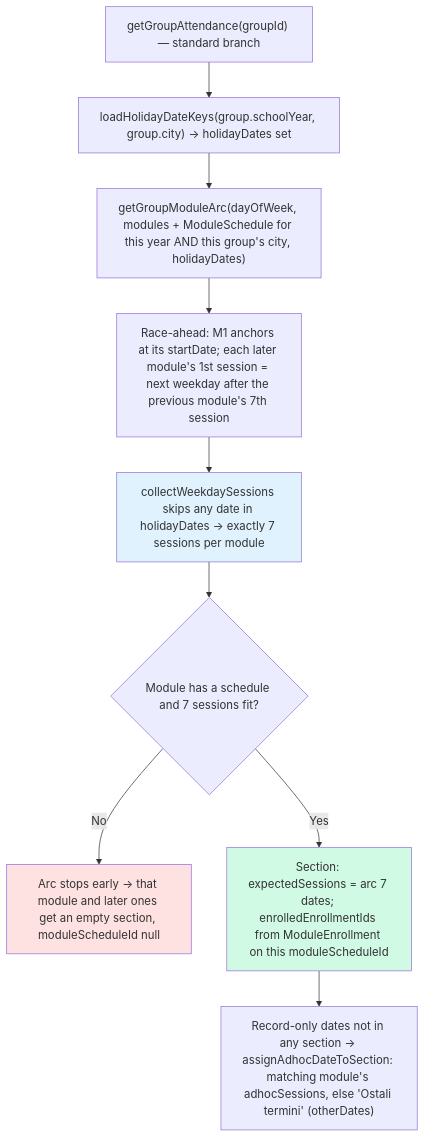
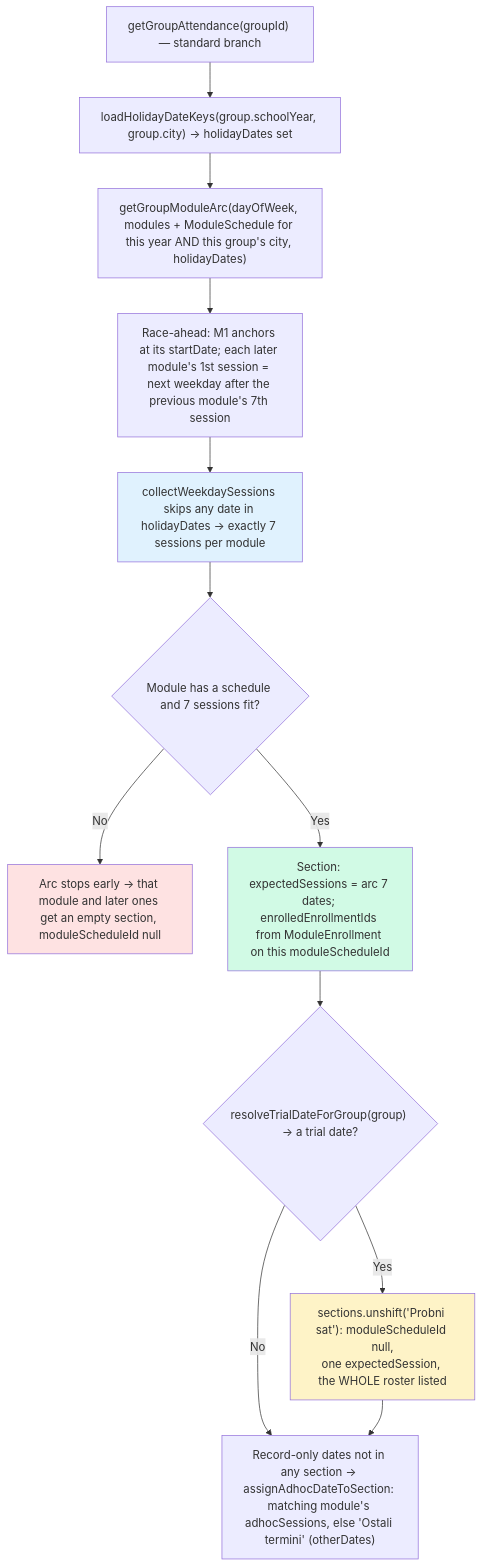
The first of 10 diagrams in docs/diagrams/attendance-flow.md (jpucic00/inovatic), drawn with Mermaid before and after one commit. The commit also changed other lines of this file and 73 other files, not shown here.

````diff
--- a/docs/diagrams/attendance-flow.md
+++ b/docs/diagrams/attendance-flow.md
@@ -17,15 +19,20 @@
 ```mermaid
 flowchart TD
     A["getGroupAttendance(groupId) — standard branch"] --> B["loadHolidayDateKeys(group.schoolYear, group.city) → holidayDates set"]
     B --> C["getGroupModuleArc(dayOfWeek, modules + ModuleSchedule for this year AND this group's city, holidayDates)"]
     C --> D["Race-ahead: M1 anchors at its startDate; each later module's 1st session = next weekday after the previous module's 7th session"]
     D --> E["collectWeekdaySessions skips any date in holidayDates → exactly 7 sessions per module"]
     E --> F{"Module has a schedule and 7 sessions fit?"}
     F -->|No| G["Arc stops early → that module and later ones get an empty section, moduleScheduleId null"]
     F -->|Yes| H["Section: expectedSessions = arc 7 dates; enrolledEnrollmentIds from ModuleEnrollment on this moduleScheduleId"]
-    H --> I["Record-only dates not in any section → assignAdhocDateToSection: matching module's adhocSessions, else 'Ostali termini' (otherDates)"]
+    H --> T{"resolveTrialDateForGroup(group) → a trial date?"}
+    T -->|Yes| TS["sections.unshift('Probni sat'): moduleScheduleId null,<br/>one expectedSession, the WHOLE roster listed"]
+    T -->|No| I
+    TS --> I
+    I["Record-only dates not in any section → assignAdhocDateToSection: matching module's adhocSessions, else 'Ostali termini' (otherDates)"]
 
+    style TS fill:#fef3c7
     style G fill:#fee2e2
     style H fill:#d1fae5
     style E fill:#e0f2fe
 ```
````
